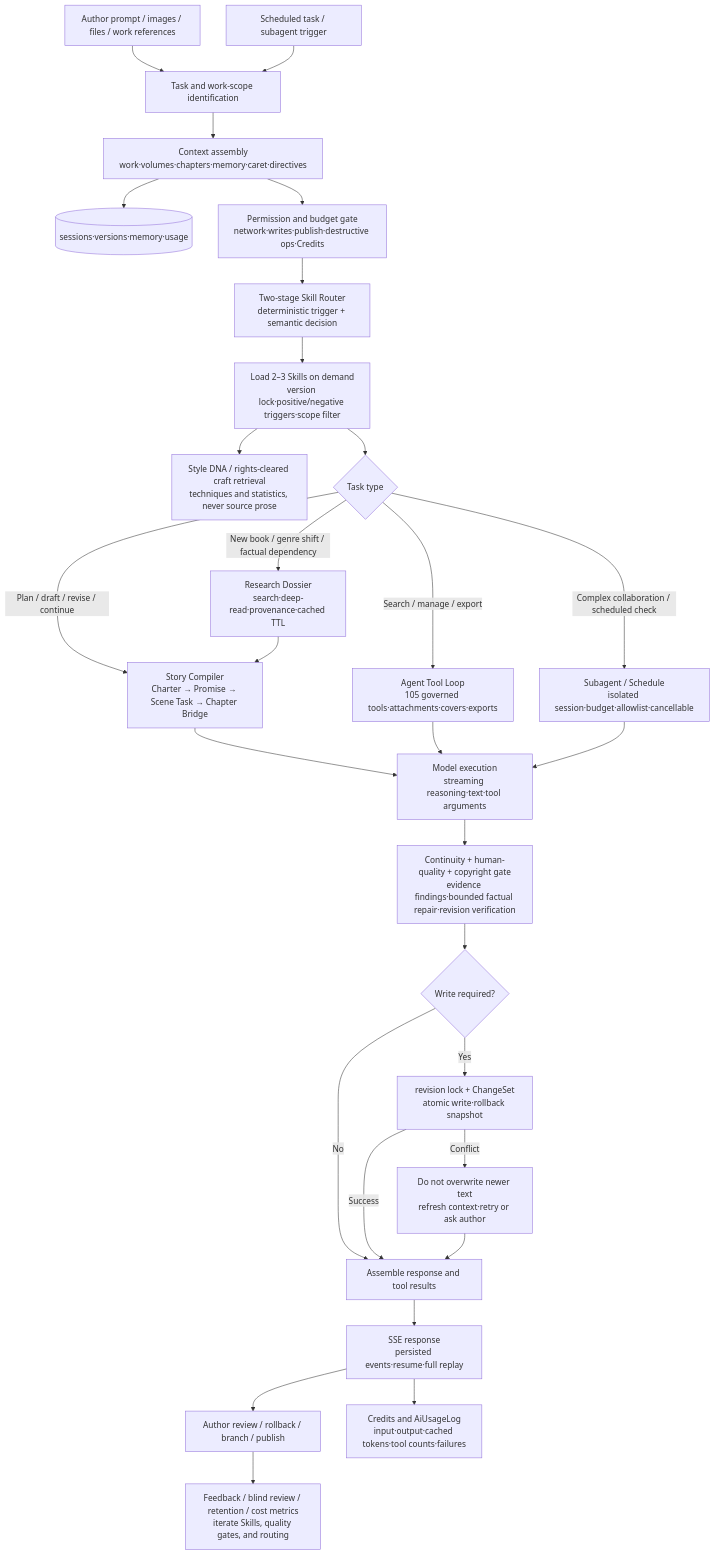
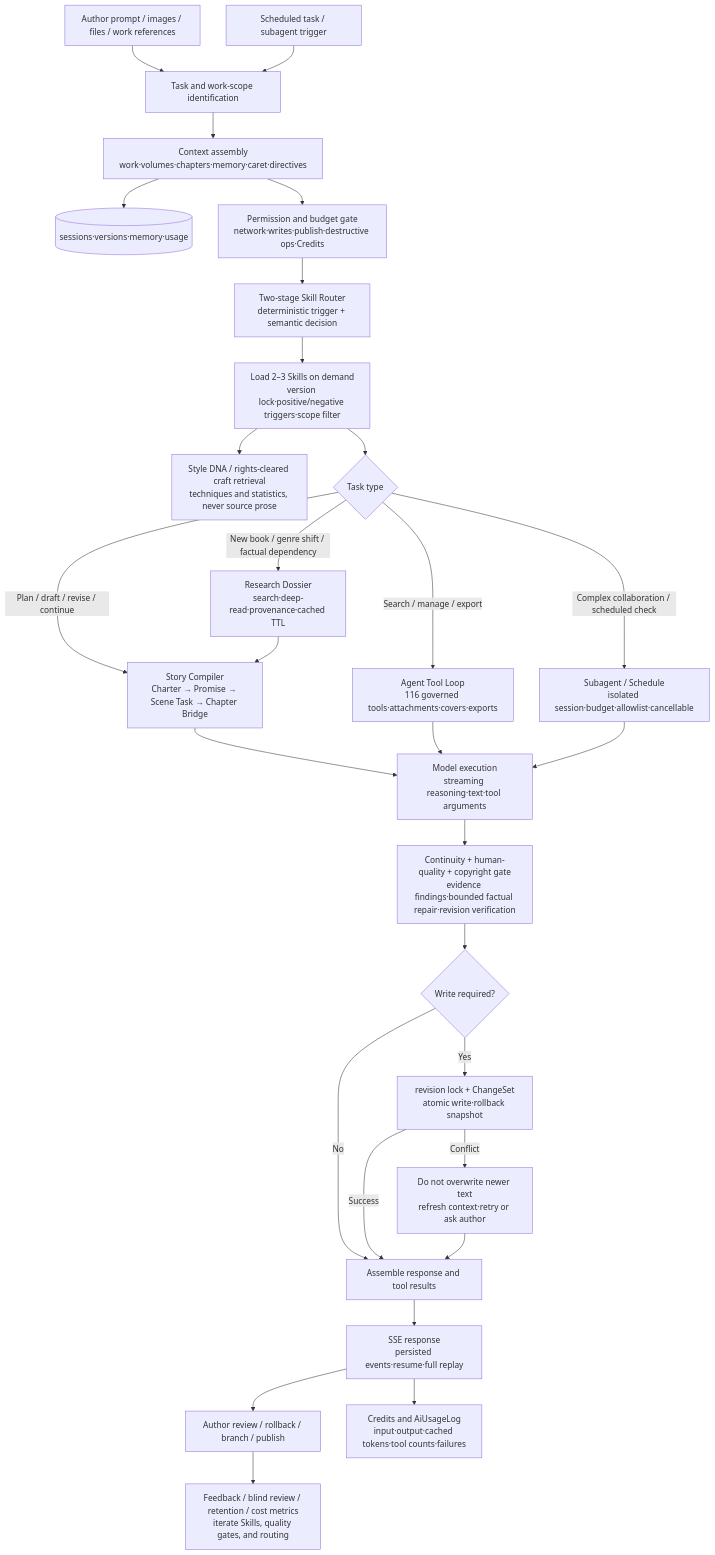
Before and after one commit to Xcy8010/Chevoink: the first of 2 diagrams in README.en.md, drawn with Mermaid. The commit also changed other lines of this file and 44 other files, not shown here.

````diff
--- a/README.en.md
+++ b/README.en.md
@@ -62,31 +71,31 @@
 ```mermaid
 flowchart TD
   A[Author prompt / images / files / work references] --> B[Task and work-scope identification]
   T[Scheduled task / subagent trigger] --> B
   B --> C[Context assembly<br/>work·volumes·chapters·memory·caret·directives]
   C --> C1[(sessions·versions·memory·usage)]
   C --> D[Permission and budget gate<br/>network·writes·publish·destructive ops·Credits]
   D --> E[Two-stage Skill Router<br/>deterministic trigger + semantic decision]
   E --> F[Load 2–3 Skills on demand<br/>version lock·positive/negative triggers·scope filter]
   F --> F1[Style DNA / rights-cleared craft retrieval<br/>techniques and statistics, never source prose]
   F --> G{Task type}
   G -->|New book / genre shift / factual dependency| H[Research Dossier<br/>search·deep-read·provenance·cached TTL]
   G -->|Plan / draft / revise / continue| I[Story Compiler<br/>Charter → Promise → Scene Task → Chapter Bridge]
-  G -->|Search / manage / export| J[Agent Tool Loop<br/>105 governed tools·attachments·covers·exports]
+  G -->|Search / manage / export| J[Agent Tool Loop<br/>116 governed tools·attachments·covers·exports]
   G -->|Complex collaboration / scheduled check| K[Subagent / Schedule<br/>isolated session·budget·allowlist·cancellable]
   H --> I
   I --> L[Model execution<br/>streaming reasoning·text·tool arguments]
   J --> L
   K --> L
   L --> M[Continuity + human-quality + copyright gate<br/>evidence findings·bounded factual repair·revision verification]
   M --> N{Write required?}
   N -->|No| O[Assemble response and tool results]
   N -->|Yes| P[revision lock + ChangeSet<br/>atomic write·rollback snapshot]
   P -->|Success| O
   P -->|Conflict| Q[Do not overwrite newer text<br/>refresh context·retry or ask author]
   Q --> O
   O --> R[SSE response<br/>persisted events·resume·full replay]
   R --> S[Author review / rollback / branch / publish]
   R --> U[Credits and AiUsageLog<br/>input·output·cached tokens·tool counts·failures]
   S --> V[Feedback / blind review / retention / cost metrics<br/>iterate Skills, quality gates, and routing]
 ```
````
